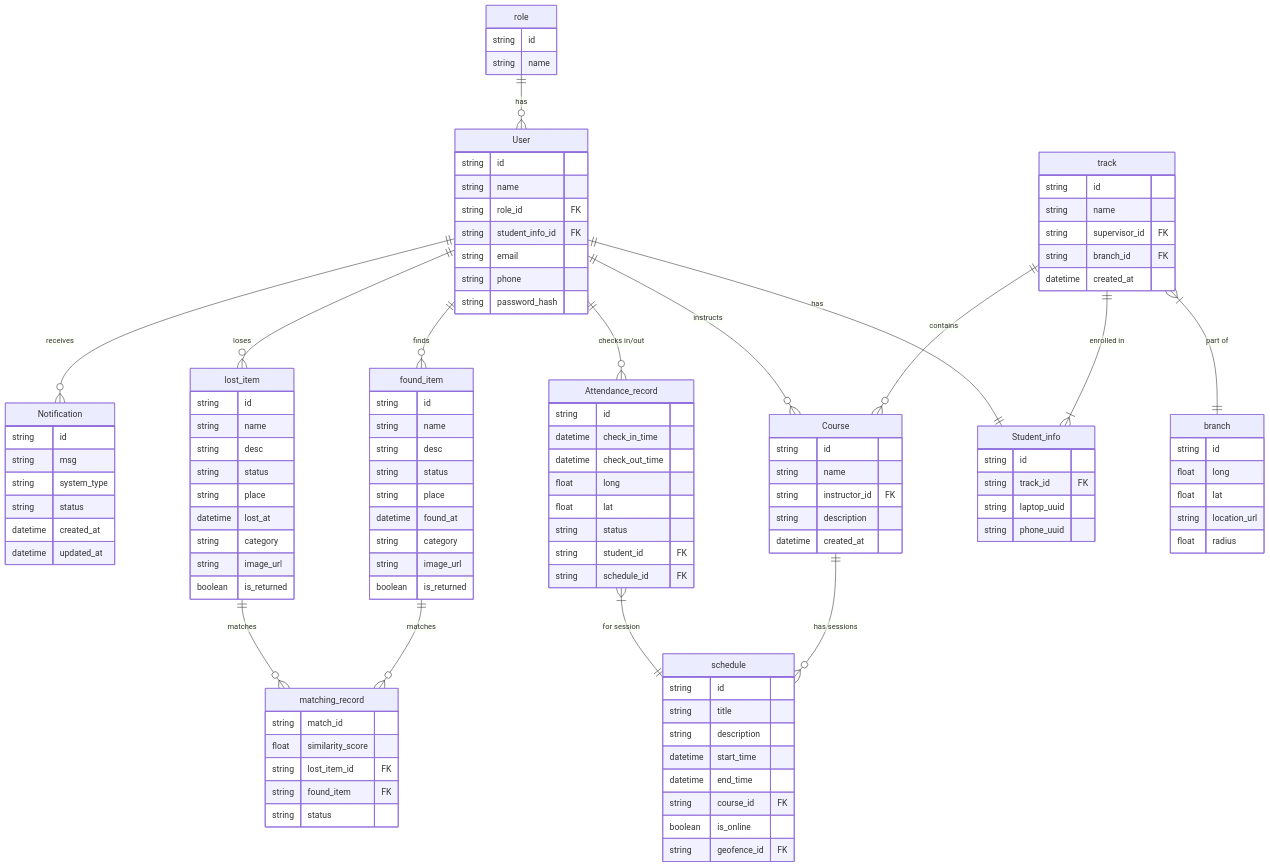
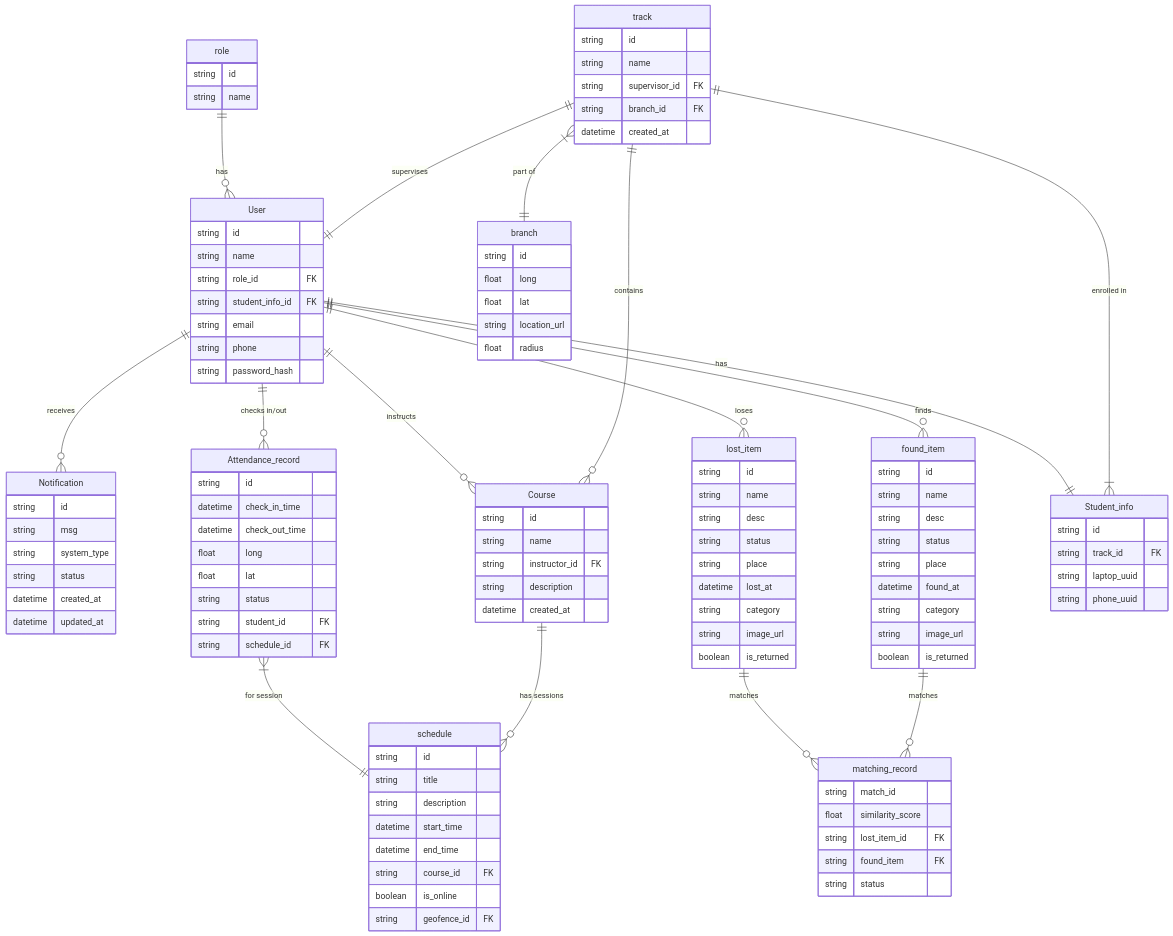
Before and after one commit to OmarDerwy/ITI-Attendance-Backend: the diagram in erd.mermaid, drawn with Mermaid. The commit also changed 3 other files, not shown here.

```diff
--- a/erd.mermaid
+++ b/erd.mermaid
@@ -1,124 +1,125 @@
 erDiagram
     User {
         string id
         string name
         string role_id FK
         string student_info_id FK
         string email
         string phone
         string password_hash
     }
     Notification {
         string id
         string msg
         string system_type
         string status
         datetime created_at
         datetime updated_at
     }
     Attendance_record {
         string id
         datetime check_in_time
         datetime check_out_time
         float long
         float lat
         string status
         string student_id FK
         string schedule_id FK
     }
     %% geofence {
     %%     string id
     %%     string name
     %%     float long
     %%     float lat
     %%     float radius
     %% }
     track {
         string id
         string name
         string supervisor_id FK
         string branch_id FK
         datetime created_at
     }
     lost_item {
         string id
         string name
         string desc
         string status
         string place
         datetime lost_at
         string category
         string image_url
         boolean is_returned
     }
     found_item {
         string id
         string name
         string desc
         string status
         string place
         datetime found_at
         string category
         string image_url
         boolean is_returned
     }
     matching_record {
         string match_id
         float similarity_score
         string lost_item_id FK
         string found_item FK
         string status
     }
     role {
         string id
         string name
     }
     schedule {
         string id
         string title
         string description
         datetime start_time
         datetime end_time
         string course_id FK
         boolean is_online
         string geofence_id FK
     }
     Course {
         string id
         string name
         string instructor_id FK
         string description
         datetime created_at
     }
     Student_info{
         string id
         string track_id FK
         string laptop_uuid
         string phone_uuid
     }
     branch{
         string id
         float long
         float lat
         string location_url
         float radius
     }
 
     role ||--o{ User : "has"
     User ||--|| Student_info : "has"
     track ||--|{ Student_info : "enrolled in"
     %% User }|--|| branch : "belongs to"
     track }|--|| branch : "part of"
+    track ||--|| User : "supervises"
     User ||--o{ Course : "instructs"
     User ||--o{ Notification : "receives"
     User ||--o{ Attendance_record : "checks in/out"
     User ||--o{ lost_item : "loses"
     User ||--o{ found_item : "finds"
     lost_item ||--o{ matching_record : "matches"
     found_item ||--o{ matching_record : "matches"
     %% schedule ||--|| track : "belongs to"
     %% schedule ||--|| geofence : "has location"
     Attendance_record }|--|| schedule : "for session"
     Course ||--o{ schedule : "has sessions"
     track ||--o{ Course : "contains"
     %% we might want to make track - course relationship manytomany for courses that include many tracks such as soft skills and such
```
